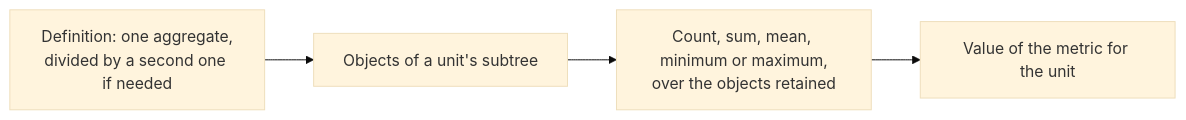
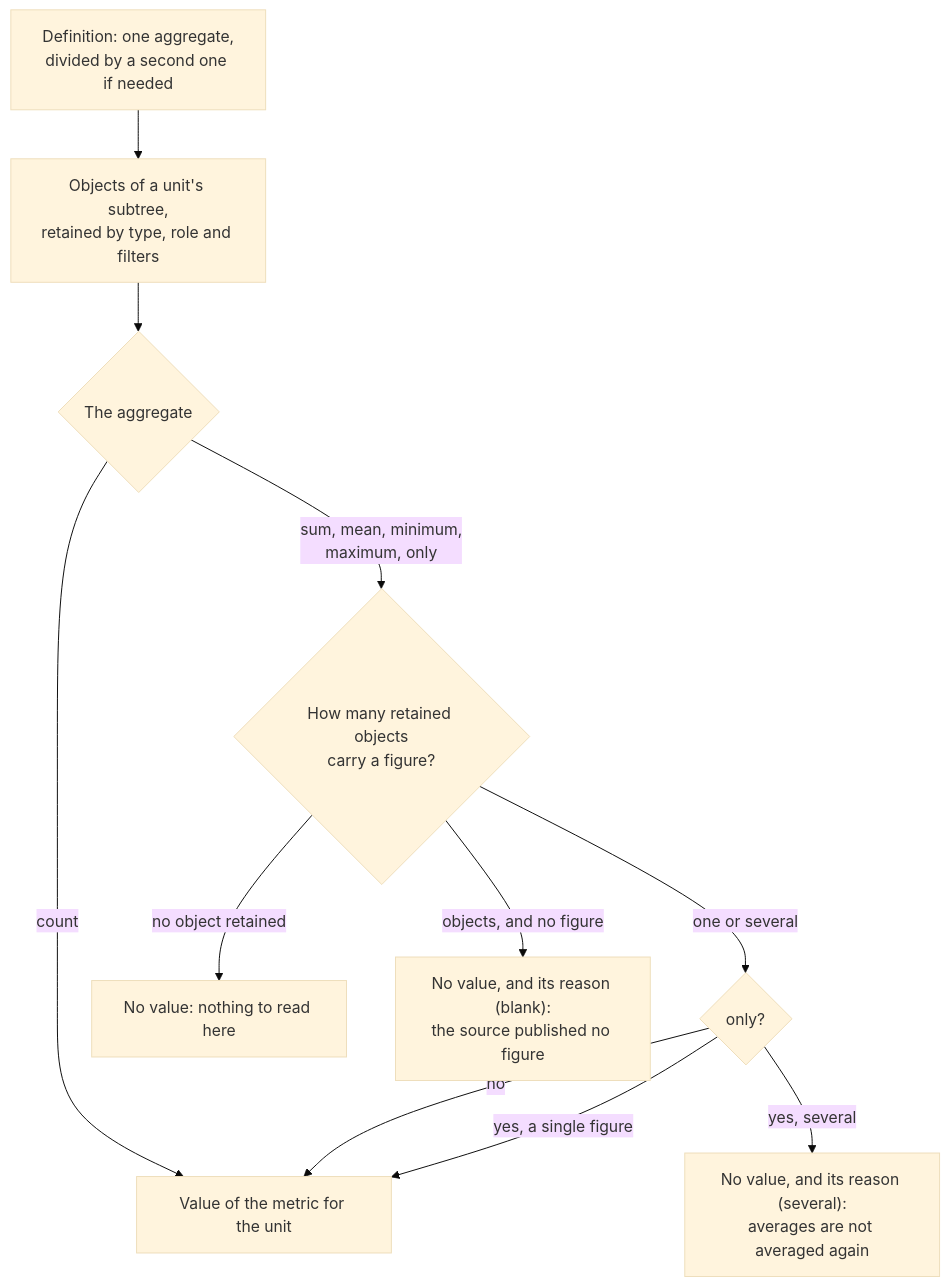
Before and after one commit to V1ktor7/obscyro: diagram 35 of 41 in frontend/content/docs/product/algorithms.md, drawn with Mermaid (base theme). The commit also changed other lines of this file and 36 other files, not shown here.

````diff
--- a/frontend/content/docs/product/algorithms.md
+++ b/frontend/content/docs/product/algorithms.md
@@ -1153,6 +1153,13 @@
 ```mermaid
-flowchart LR
-    A["Definition: one aggregate,<br/>divided by a second one if needed"] --> B["Objects of a unit's subtree"]
-    B --> C["Count, sum, mean, minimum or maximum,<br/>over the objects retained"]
-    C --> D["Value of the metric for the unit"]
+flowchart TD
+    A["Definition: one aggregate,<br/>divided by a second one if needed"] --> B["Objects of a unit's subtree,<br/>retained by type, role and filters"]
+    B --> K{"The aggregate"}
+    K -->|"count"| V["Value of the metric for the unit"]
+    K -->|"sum, mean, minimum,<br/>maximum, only"| C{"How many retained objects<br/>carry a figure?"}
+    C -->|"no object retained"| N["No value: nothing to read here"]
+    C -->|"objects, and no figure"| W1["No value, and its reason (blank):<br/>the source published no figure"]
+    C -->|"one or several"| D{"only?"}
+    D -->|"no"| V
+    D -->|"yes, a single figure"| V
+    D -->|"yes, several"| W2["No value, and its reason (several):<br/>averages are not averaged again"]
 ```
````
